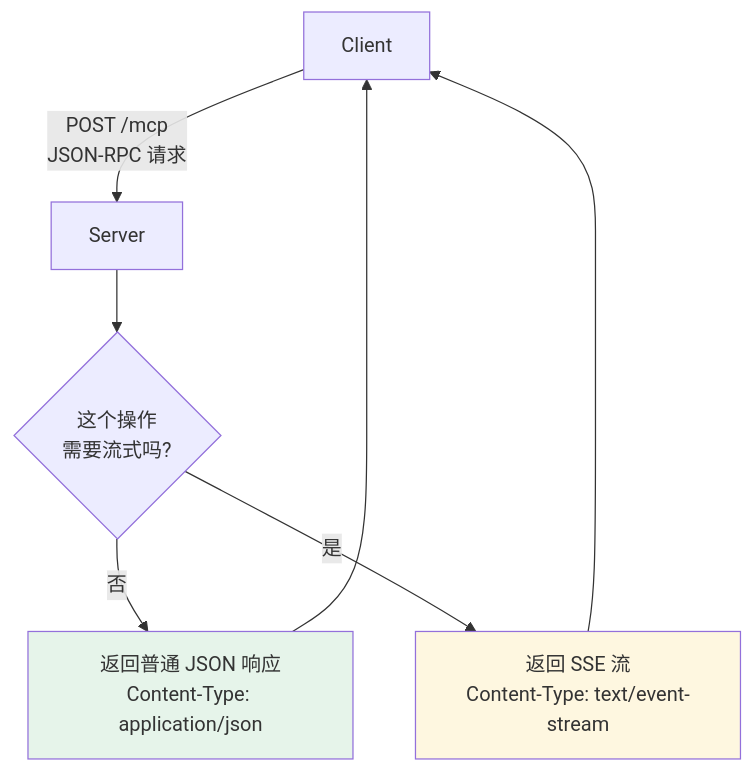
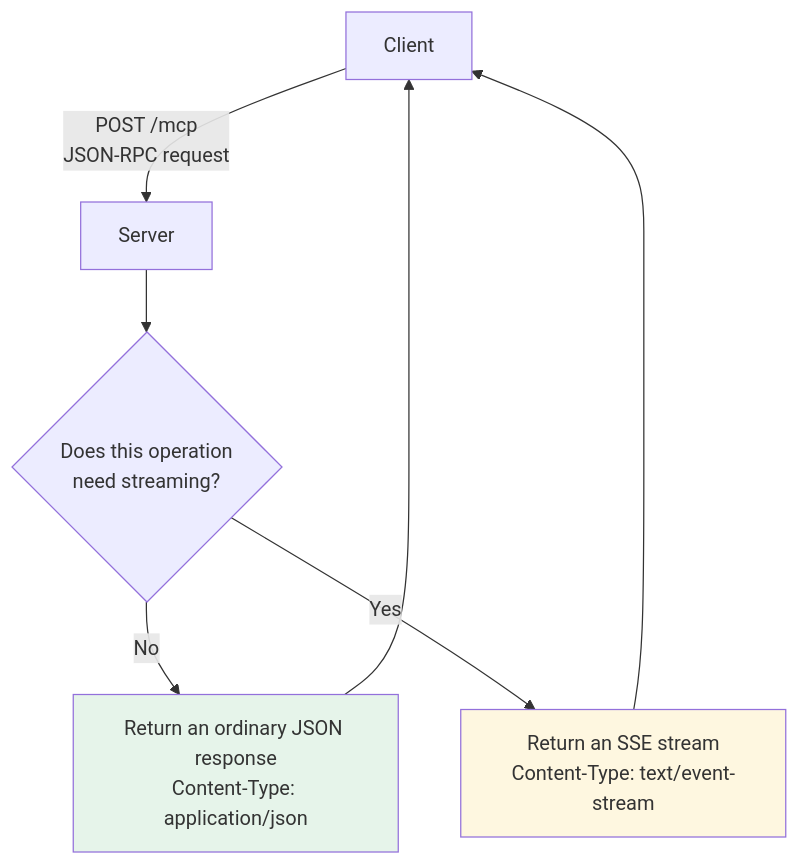
One commit to oneleaveknowsthefall/awesome-ai-roadmap changed the third of 4 diagrams in docs/tools/02-mcp/12-mcp-transport.md. Above: the diagram before and after it, drawn with Mermaid. The commit also changed other lines of this file and 42 other files, not shown here.

````diff
--- a/docs/tools/02-mcp/12-mcp-transport.md
+++ b/docs/tools/02-mcp/12-mcp-transport.md
@@ -155,12 +157,12 @@
 ```mermaid
 flowchart TB
-    C[Client] -->|"POST /mcp<br/>JSON-RPC 请求"| S[Server]
-    S --> D{"这个操作<br/>需要流式吗?"}
-    D -->|否| R1["返回普通 JSON 响应<br/>Content-Type: application/json"]
-    D -->|是| R2["返回 SSE 流<br/>Content-Type: text/event-stream"]
+    C[Client] -->|"POST /mcp<br/>JSON-RPC request"| S[Server]
+    S --> D{"Does this operation<br/>need streaming?"}
+    D -->|No| R1["Return an ordinary JSON response<br/>Content-Type: application/json"]
+    D -->|Yes| R2["Return an SSE stream<br/>Content-Type: text/event-stream"]
     R1 --> C
     R2 --> C
 
     style R1 fill:#e6f4ea
     style R2 fill:#fef7e0
 ```
````
